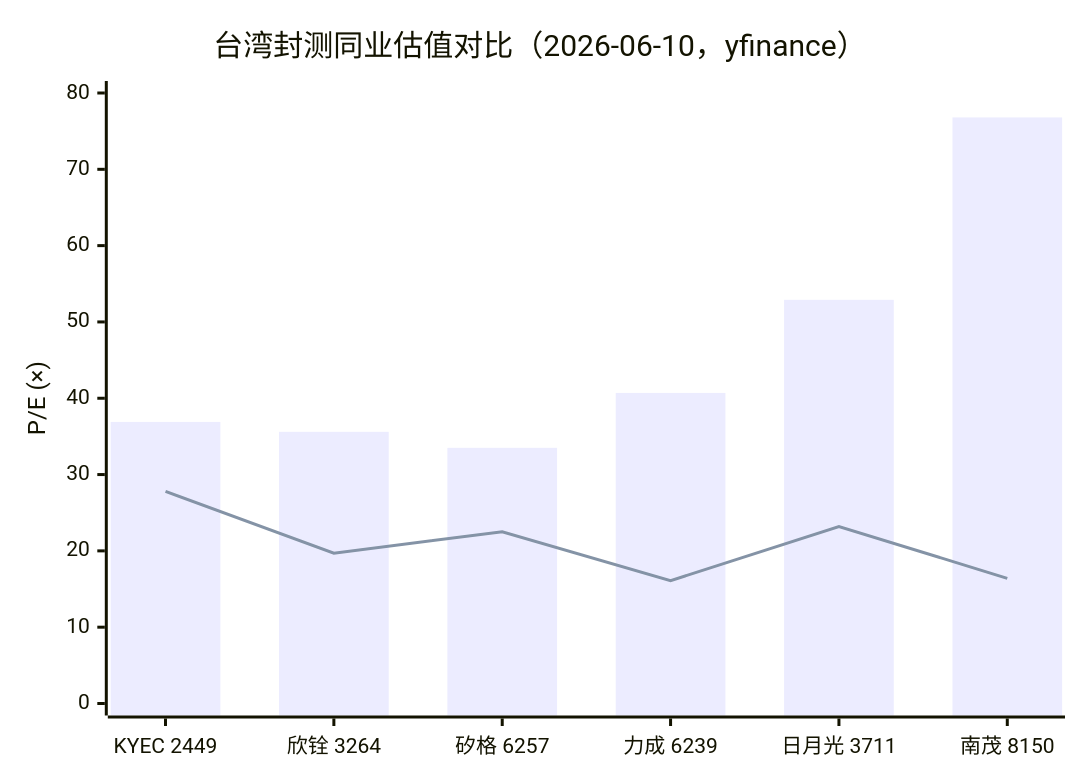
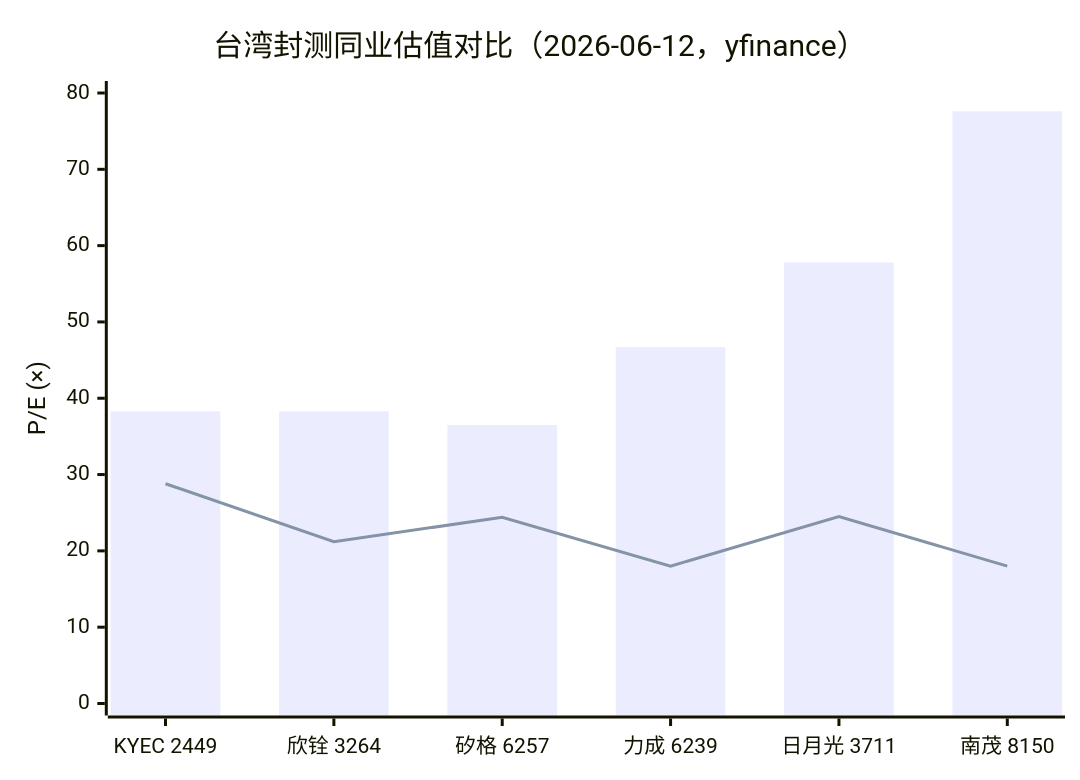
The sixth of 7 diagrams in reports/company/KYEC_京元电子_TWSE2449/KYEC_京元电子_TWSE2449_公司研究.md (dadachundan/financial_agent), drawn with Mermaid before and after one commit. The commit also changed other lines of this file and 9 other files, not shown here.

Commit message:
feat(company-research): refresh KYEC (TWSE:2449) — decision layer + full SVG chart suite

````diff
--- a/reports/company/KYEC_京元电子_TWSE2449/KYEC_京元电子_TWSE2449_公司研究.md
+++ b/reports/company/KYEC_京元电子_TWSE2449/KYEC_京元电子_TWSE2449_公司研究.md
@@ -262,8 +761,8 @@
 ```mermaid
 xychart-beta
-    title "台湾封测同业估值对比（2026-06-10，yfinance）"
+    title "台湾封测同业估值对比（2026-06-12，yfinance）"
     x-axis ["KYEC 2449", "欣铨 3264", "矽格 6257", "力成 6239", "日月光 3711", "南茂 8150"]
     y-axis "P/E (×)" 0 --> 80
-    bar [36.9, 35.6, 33.5, 40.7, 52.9, 76.8]
-    line [27.8, 19.7, 22.5, 16.1, 23.2, 16.4]
+    bar [38.3, 38.3, 36.5, 46.7, 57.8, 77.6]
+    line [28.8, 21.2, 24.4, 18.0, 24.5, 18.0]
 ```
````
